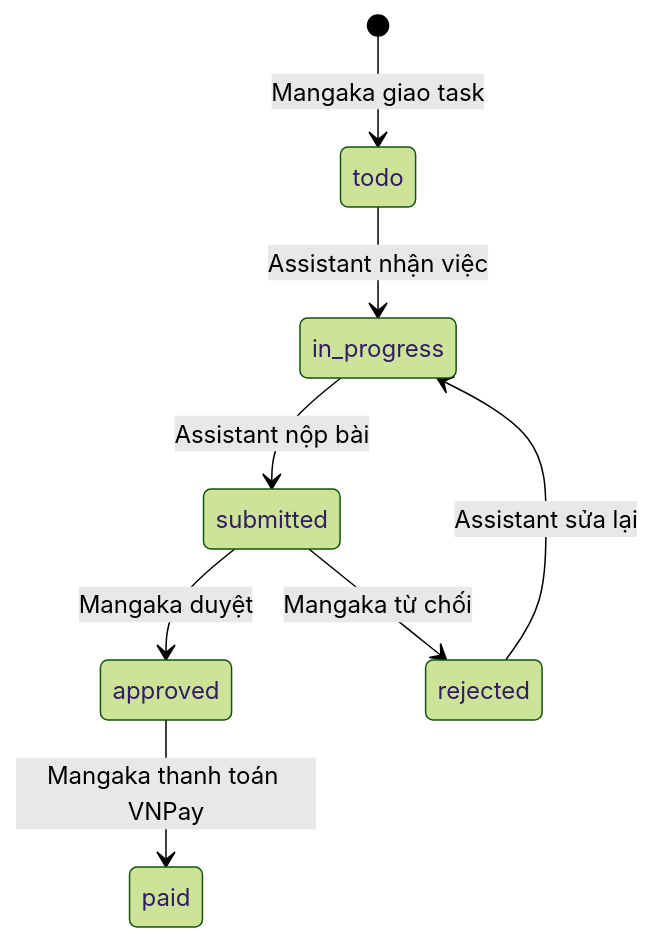
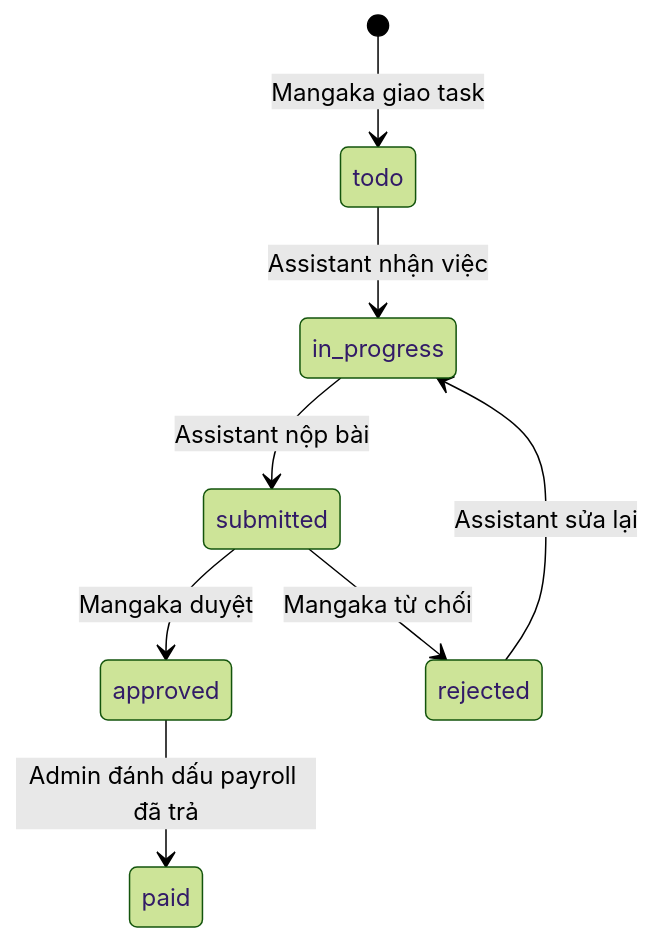
One commit to AngerTran/PRN232v1 changed the second of 2 diagrams in docs/ROLE-WORKFLOWS.md. Above: the diagram before and after it, drawn with Mermaid (forest theme). The commit also changed other lines of this file and 25 other files, not shown here.

````diff
--- a/docs/ROLE-WORKFLOWS.md
+++ b/docs/ROLE-WORKFLOWS.md
@@ -216,10 +225,10 @@
 ```mermaid
 stateDiagram-v2
     [*] --> todo: Mangaka giao task
     todo --> in_progress: Assistant nhận việc
     in_progress --> submitted: Assistant nộp bài
     submitted --> approved: Mangaka duyệt
     submitted --> rejected: Mangaka từ chối
     rejected --> in_progress: Assistant sửa lại
-    approved --> paid: Mangaka thanh toán VNPay
+    approved --> paid: Admin đánh dấu payroll đã trả
 ```
````
